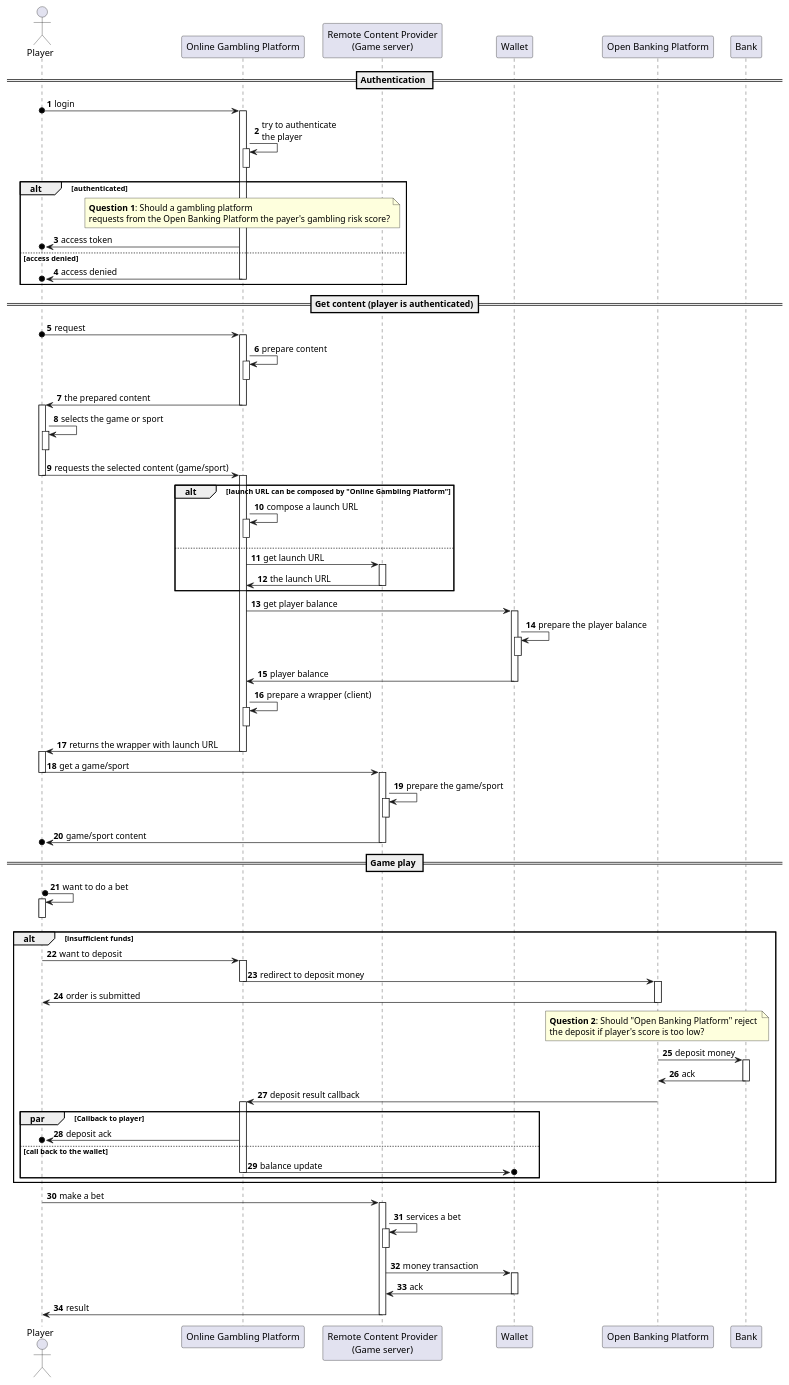
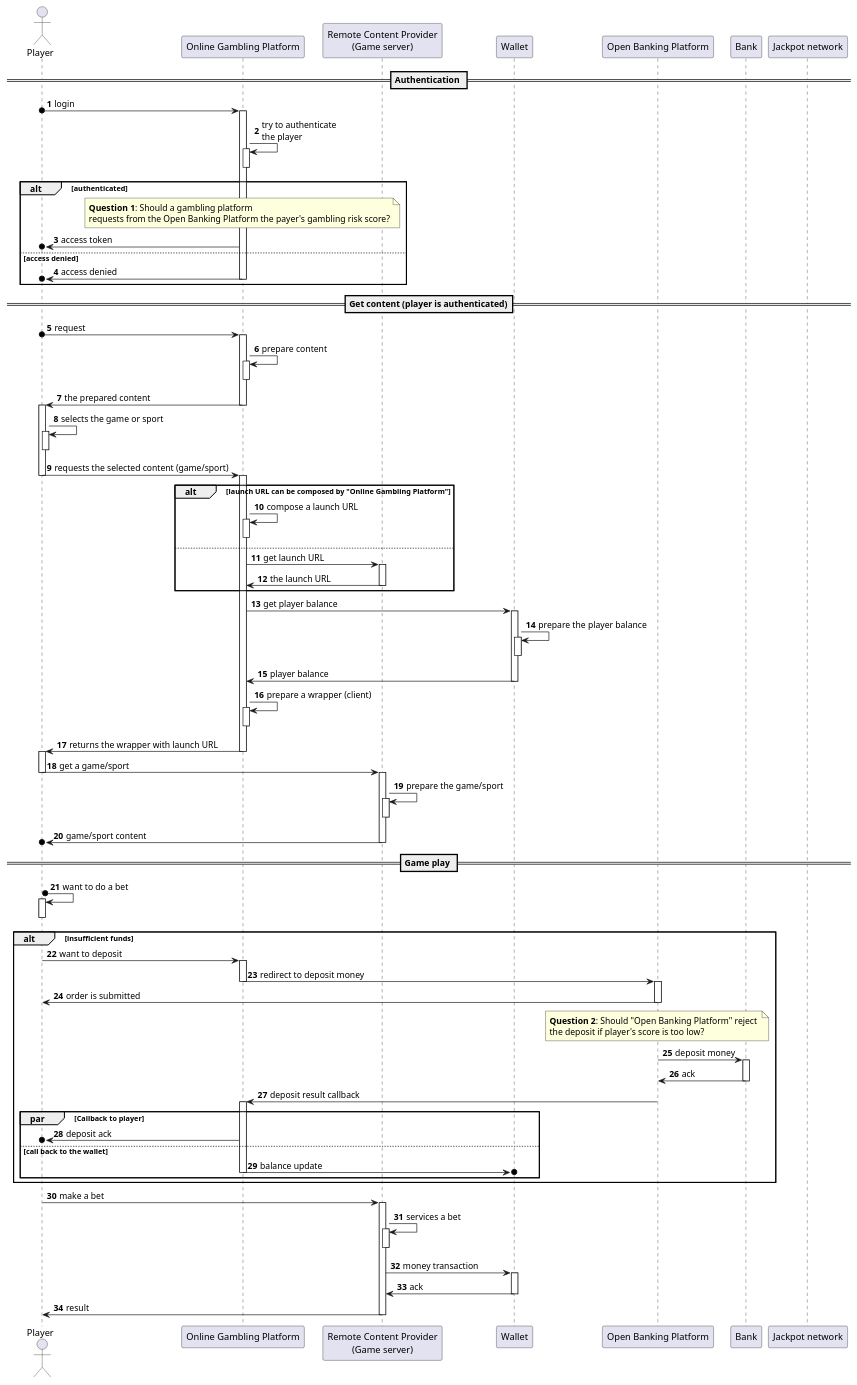
One commit to hkravtsov/affordability changed the diagram in umls/general_flow.puml. Above: the diagram before and after it, drawn with PlantUML. The commit also changed 1 other file, not shown here.

Commit message:
Refactoring - main flow

```diff
--- a/umls/general_flow.puml
+++ b/umls/general_flow.puml
@@ -1,71 +1,72 @@
 @startuml
 
 autonumber
 
 actor player as "Player"
 participant ogp as "Online Gambling Platform"
 participant rcp as "Remote Content Provider\n(Game server)"
 participant wallet as "Wallet"
 participant obp as "Open Banking Platform"
 participant bank as "Bank"
+participant jackpot as "Jackpot network"
 
 == Authentication ==
 
 player o-> ogp++: login
 ogp -> ogp++--: try to authenticate\nthe player
 alt authenticated
   note over ogp: <b>Question 1</b>: Should a gambling platform \nrequests from the Open Banking Platform the payer's gambling risk score?
   ogp ->o player: access token
    else  access denied
   ogp ->o player--: access denied
 end
 
 == Get content (player is authenticated)==
 
 player o-> ogp++: request
 ogp -> ogp++--: prepare content
 ogp -> player--++: the prepared content
 player -> player++--: selects the game or sport
 player -> ogp--++: requests the selected content (game/sport)
 alt launch URL can be composed by "Online Gambling Platform"
   ogp -> ogp++--: compose a launch URL
 else
   ogp -> rcp++: get launch URL
   rcp -> ogp--: the launch URL
 end
 ogp -> wallet++: get player balance
 wallet -> wallet++--: prepare the player balance
 wallet -> ogp--: player balance
 ogp -> ogp++-- : prepare a wrapper (client)
 ogp -> player--++: returns the wrapper with launch URL
 player -> rcp--++: get a game/sport
 rcp -> rcp++--: prepare the game/sport
 rcp ->o player-- : game/sport content
 
 == Game play ==
 player o-> player++--: want to do a bet
 alt insufficient funds
   player -> ogp++: want to deposit
   ogp -> obp--++: redirect to deposit money
   obp -> player--: order is submitted
   note over obp: <b>Question 2</b>: Should "Open Banking Platform" reject \nthe deposit if player's score is too low?
   obp -> bank++: deposit money
   bank -> obp--: ack
   obp -> ogp: deposit result callback
   activate ogp
 
   par Callback to player
     ogp ->o player: deposit ack
   else call back to the wallet
     ogp ->o  wallet: balance update
     deactivate ogp
   end
 
 end
 player -> rcp++: make a bet
 rcp -> rcp++--: services a bet
 rcp -> wallet++: money transaction
 wallet -> rcp--: ack
 rcp -> player--: result
 
 @enduml
```
